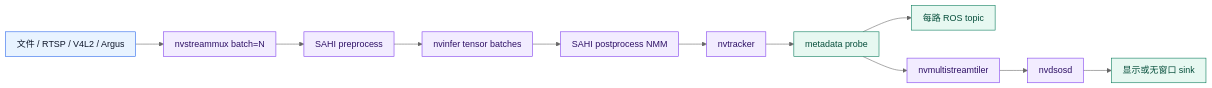
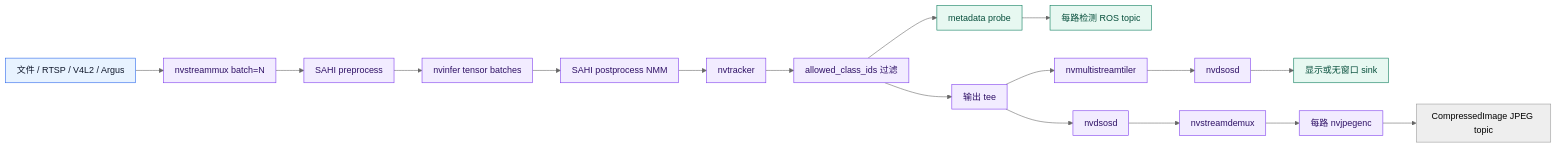
One commit to rrrrio/deepstream-sahi changed the diagram in docs/explanation/architecture.md. Above: the diagram before and after it, drawn with Mermaid. The commit also changed other lines of this file and 21 other files, not shown here.

First line of the commit message:
feat(ros)!: publish per-source compressed annotations

````diff
--- a/docs/explanation/architecture.md
+++ b/docs/explanation/architecture.md
@@ -9,21 +9,27 @@
 ```mermaid
 %%{init: {"theme": "neutral", "flowchart": {"curve": "basis", "htmlLabels": true, "padding": 10}}}%%
 flowchart LR
     S[文件 / RTSP / V4L2 / Argus] --> M[nvstreammux batch=N]
     M --> P[SAHI preprocess]
     P --> I[nvinfer tensor batches]
     I --> N[SAHI postprocess NMM]
     N --> T[nvtracker]
-    T --> R[metadata probe]
-    R --> Y[每路 ROS topic]
-    R --> L[nvmultistreamtiler]
+    T --> F[allowed_class_ids 过滤]
+    F --> R[metadata probe]
+    R --> Y[每路检测 ROS topic]
+    F --> B[输出 tee]
+    B --> L[nvmultistreamtiler]
     L --> O[nvdsosd]
     O --> D[显示或无窗口 sink]
+    B --> A[nvdsosd]
+    A --> X[nvstreamdemux]
+    X --> J[每路 nvjpegenc]
+    J --> C[CompressedImage JPEG topic]
 
     classDef source fill:#E8F3FF,stroke:#2563EB,color:#0F172A;
     classDef process fill:#F2ECFF,stroke:#7C3AED,color:#2E1065;
     classDef output fill:#E7F8F1,stroke:#047857,color:#064E3B;
     class S source;
-    class M,P,I,N,T,L,O process;
+    class M,P,I,N,T,F,B,L,O,A,X,J process;
     class R,Y,D output;
 ```
````
